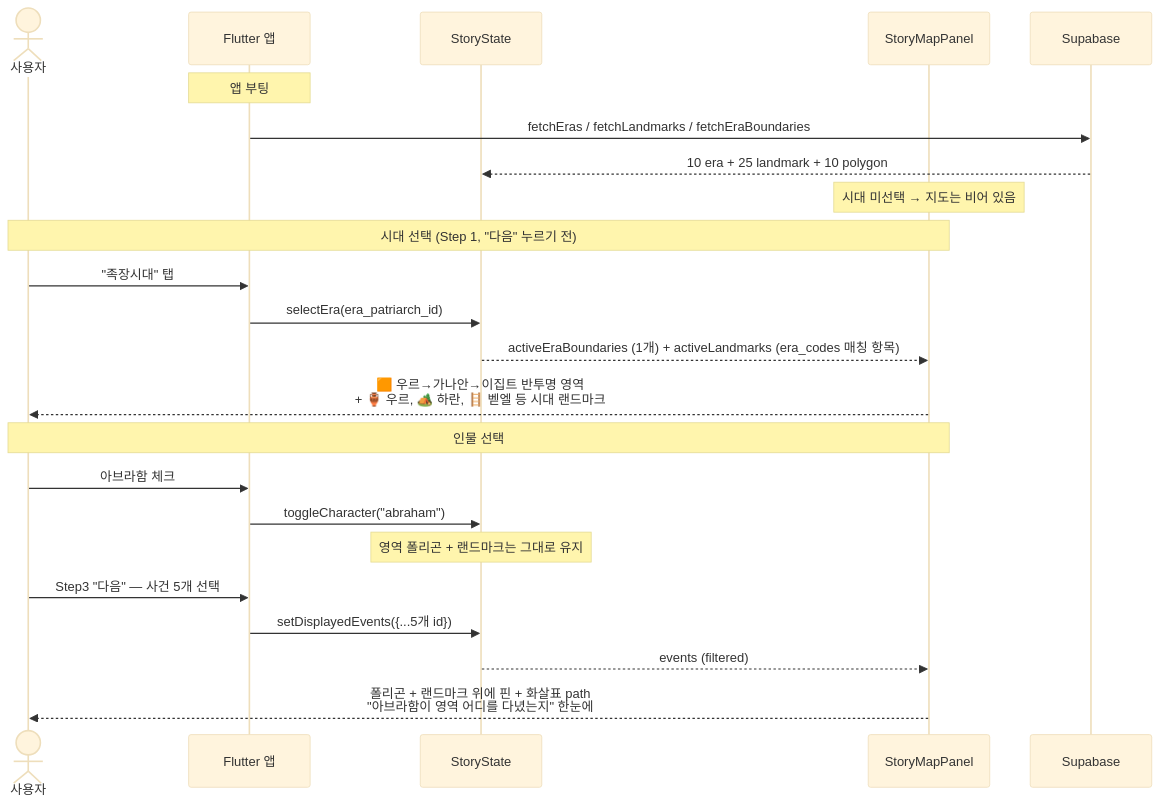
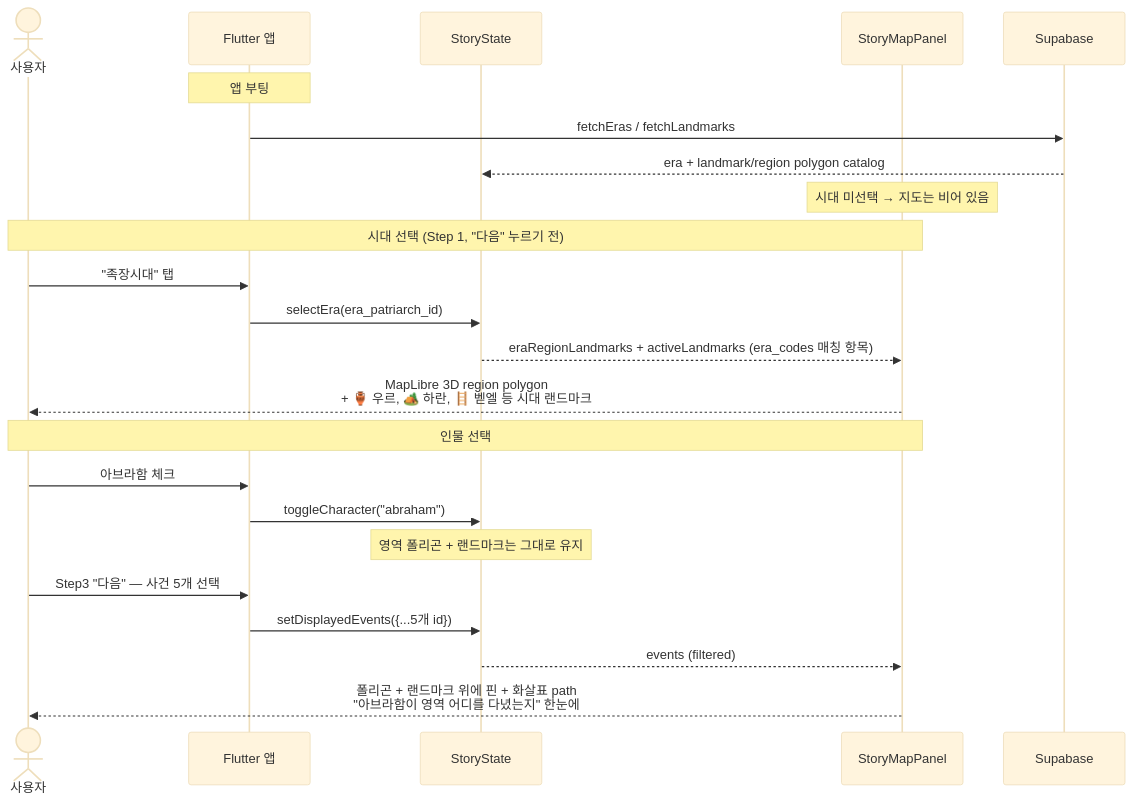
Before and after one commit to brand-i-admin/story_bible: the third of 5 diagrams in docs/guides/WORKFLOW_GUIDE.md, drawn with Mermaid (base theme). The commit also changed other lines of this file and 35 other files, not shown here.

````diff
--- a/docs/guides/WORKFLOW_GUIDE.md
+++ b/docs/guides/WORKFLOW_GUIDE.md
@@ -332,29 +321,29 @@
 ```mermaid
 sequenceDiagram
     actor U as 사용자
     participant App as Flutter 앱
     participant State as StoryState
     participant Map as StoryMapPanel
     participant DB as Supabase
 
     Note over App: 앱 부팅
-    App->>DB: fetchEras / fetchLandmarks / fetchEraBoundaries
-    DB-->>State: 10 era + 25 landmark + 10 polygon
+    App->>DB: fetchEras / fetchLandmarks
+    DB-->>State: era + landmark/region polygon catalog
     Note over Map: 시대 미선택 → 지도는 비어 있음
 
     Note over U,Map: 시대 선택 (Step 1, "다음" 누르기 전)
     U->>App: "족장시대" 탭
     App->>State: selectEra(era_patriarch_id)
-    State-->>Map: activeEraBoundaries (1개) + activeLandmarks (era_codes 매칭 항목)
-    Map-->>U: 🟧 우르→가나안→이집트 반투명 영역<br/>+ 🏺 우르, 🏕️ 하란, 🪜 벧엘 등 시대 랜드마크
+    State-->>Map: eraRegionLandmarks + activeLandmarks (era_codes 매칭 항목)
+    Map-->>U: MapLibre 3D region polygon<br/>+ 🏺 우르, 🏕️ 하란, 🪜 벧엘 등 시대 랜드마크
 
     Note over U,Map: 인물 선택
     U->>App: 아브라함 체크
     App->>State: toggleCharacter("abraham")
     Note over State: 영역 폴리곤 + 랜드마크는 그대로 유지
 
     U->>App: Step3 "다음" — 사건 5개 선택
     App->>State: setDisplayedEvents({...5개 id})
     State-->>Map: events (filtered)
     Map-->>U: 폴리곤 + 랜드마크 위에 핀 + 화살표 path<br/>"아브라함이 영역 어디를 다녔는지" 한눈에
 ```
````
